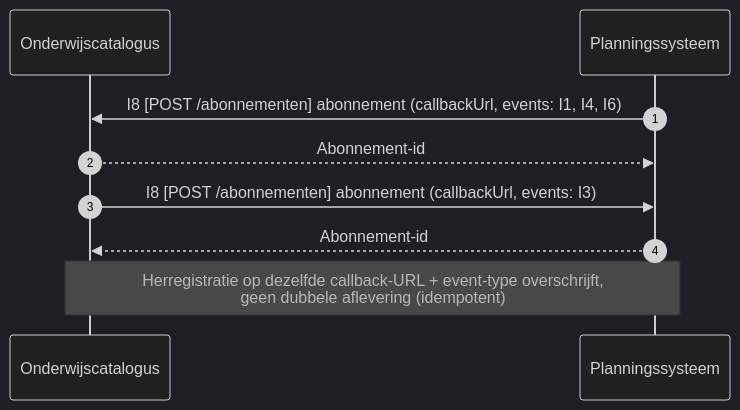
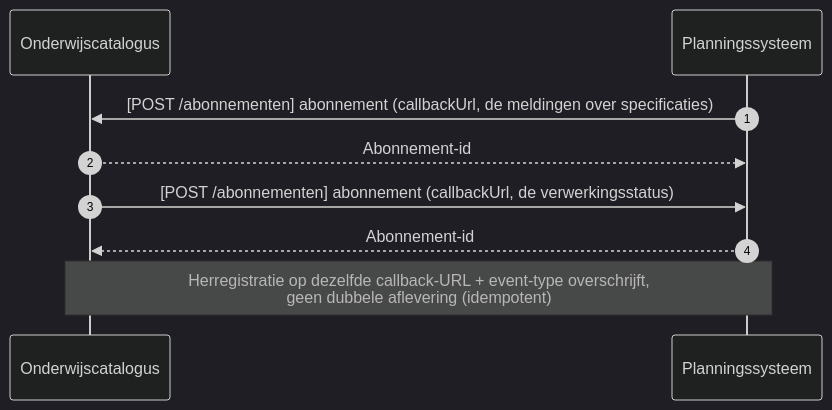
Before and after one commit to Npuls-OKx/Public: the eighth of 9 diagrams in Koppelvlakspecificaties/Koppelingspecificaties/onderwijscatalogus-planning-en-roostering.md, drawn with Mermaid (dark theme). The commit also changed other lines of this file and 5 other files, not shown here.

````diff
--- a/Koppelvlakspecificaties/Koppelingspecificaties/onderwijscatalogus-planning-en-roostering.md
+++ b/Koppelvlakspecificaties/Koppelingspecificaties/onderwijscatalogus-planning-en-roostering.md
@@ -290,12 +248,12 @@
 ```mermaid
 sequenceDiagram
     autonumber
     participant Onderwijscatalogus
     participant Planningssysteem
 
-    Planningssysteem->>Onderwijscatalogus: I8 [POST /abonnementen] abonnement (callbackUrl, events: I1, I4, I6)
+    Planningssysteem->>Onderwijscatalogus: [POST /abonnementen] abonnement (callbackUrl, de meldingen over specificaties)
     Onderwijscatalogus-->>Planningssysteem: Abonnement-id
-    Onderwijscatalogus->>Planningssysteem: I8 [POST /abonnementen] abonnement (callbackUrl, events: I3)
+    Onderwijscatalogus->>Planningssysteem: [POST /abonnementen] abonnement (callbackUrl, de verwerkingsstatus)
     Planningssysteem-->>Onderwijscatalogus: Abonnement-id
     Note over Onderwijscatalogus,Planningssysteem: Herregistratie op dezelfde callback-URL + event-type overschrijft,<br/>geen dubbele aflevering (idempotent)
 ```
````
